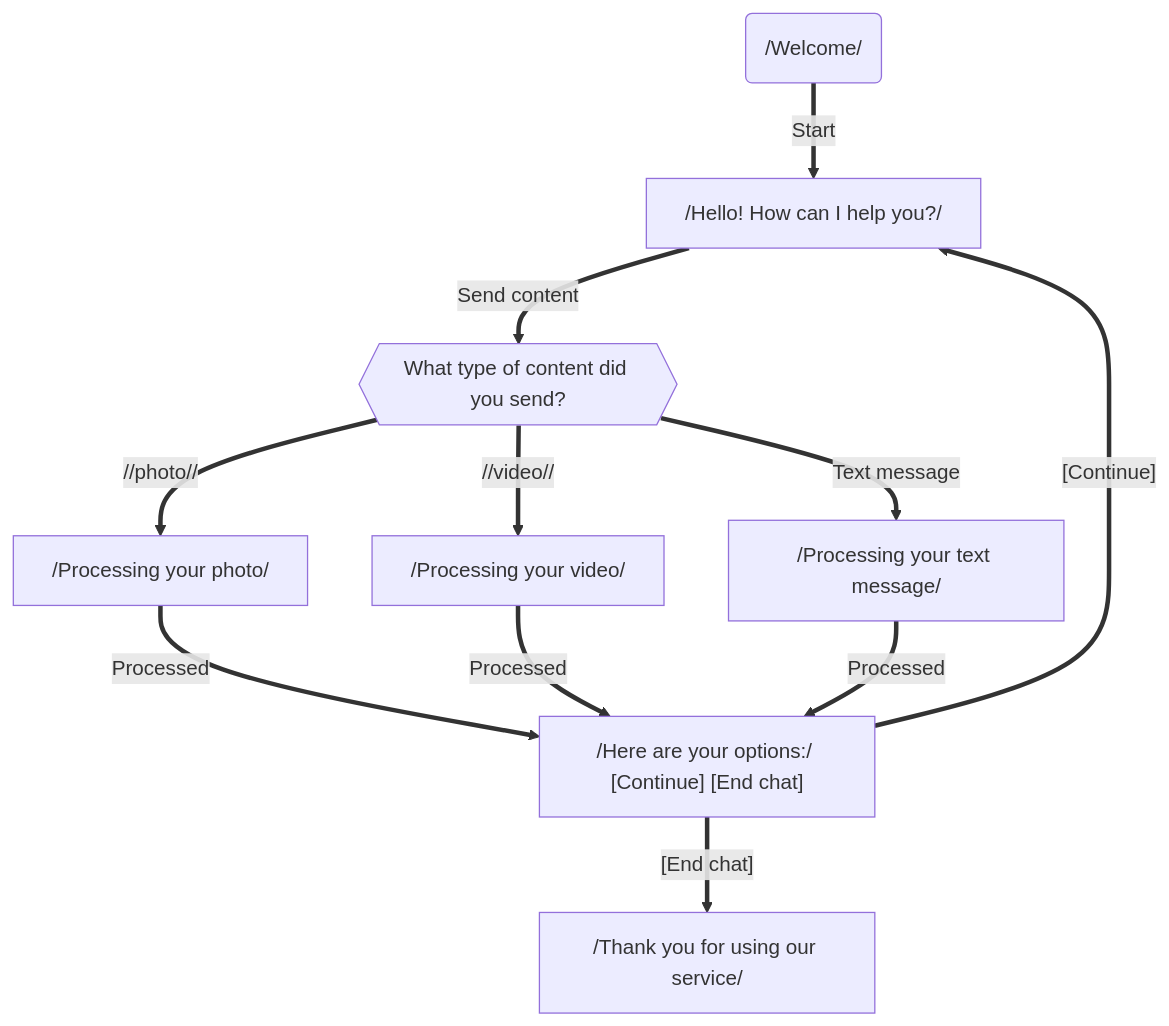
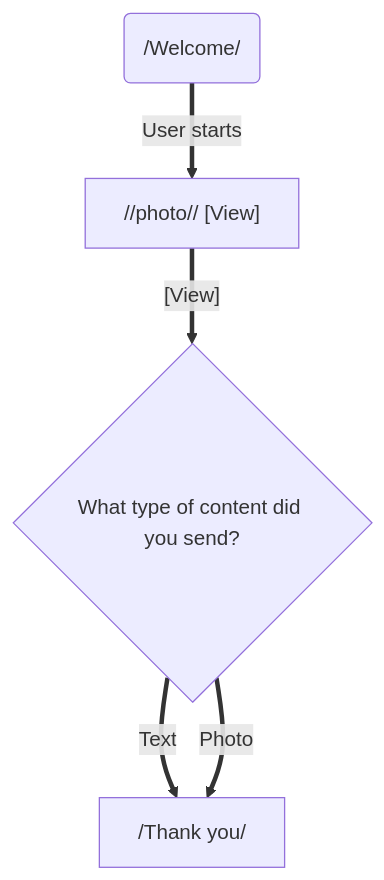
One commit to dexoon/mermaid-template-checker changed the diagram in tests/correct/chat-bot-flow.md. Above: the diagram before and after it, drawn with Mermaid. The commit also changed 12 other files, not shown here.

Commit message:
feat: add support for stadium shaped nodes in Mermaid flowcharts; enhance validation logic and tests for multi-line labels

````diff
--- a/tests/correct/chat-bot-flow.md
+++ b/tests/correct/chat-bot-flow.md
@@ -3,24 +3,14 @@
 ```mermaid
 flowchart TD
   %% Node Definitions
-  WELCOME("/Welcome/")
-  GREETING["/Hello! How can I help you?/"]
-  CHOICE{{"What type of content did you send?"}}
-  PHOTO["/Processing your photo/"]
-  VIDEO["/Processing your video/"]
-  TEXT["/Processing your text message/"]
-  BUTTON["/Here are your options:/ [Continue] [End chat]"]
-  END["/Thank you for using our service/"]
+  START("/Welcome/")
+  PHOTO["//photo// [View]"]
+  CHOICE{"What type of content did you send?"}
+  END["/Thank you/"]
   
   %% Connections
-  WELCOME == "Start" ==> GREETING
-  GREETING == "Send content" ==> CHOICE
-  CHOICE == "//photo//" ==> PHOTO
-  CHOICE == "//video//" ==> VIDEO
-  CHOICE == "Text message" ==> TEXT
-  PHOTO == "Processed" ==> BUTTON
-  VIDEO == "Processed" ==> BUTTON
-  TEXT == "Processed" ==> BUTTON
-  BUTTON == "[Continue]" ==> GREETING
-  BUTTON == "[End chat]" ==> END
+  START == "User starts" ==> PHOTO
+  PHOTO == "[View]" ==> CHOICE
+  CHOICE == "Text" ==> END
+  CHOICE == "Photo" ==> END
 ```
````
